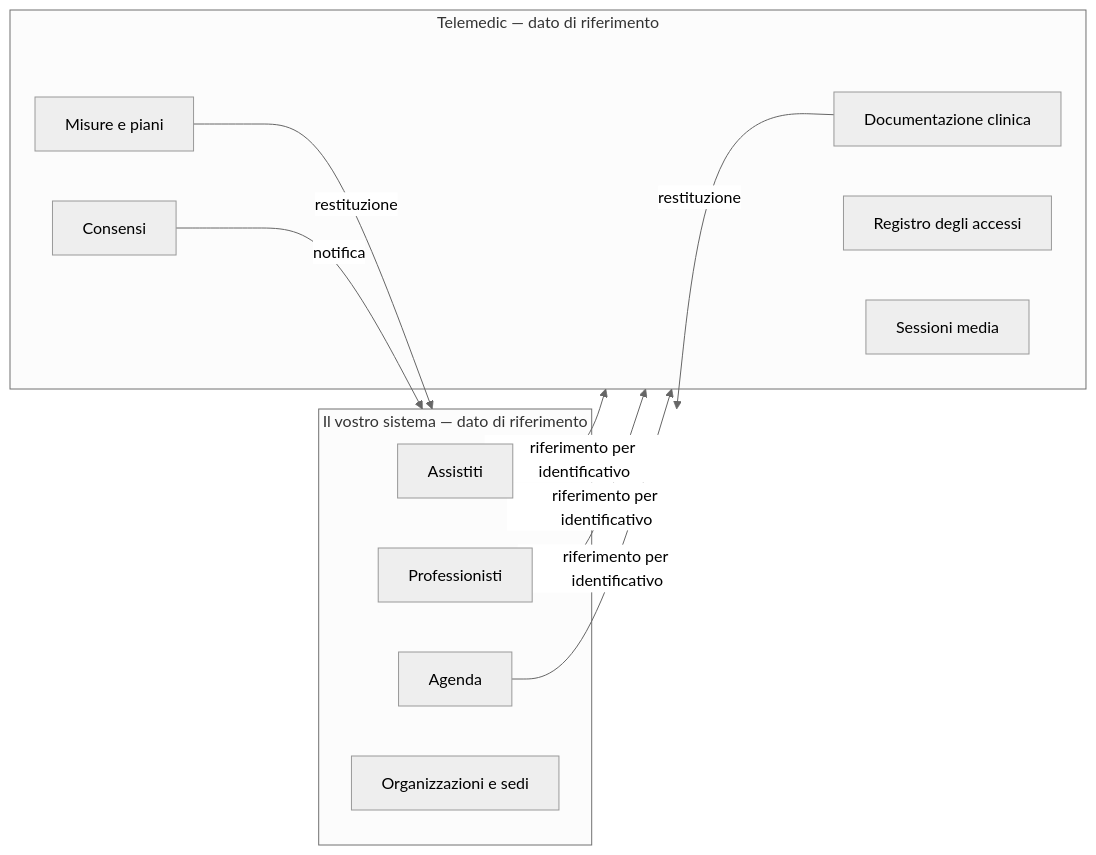
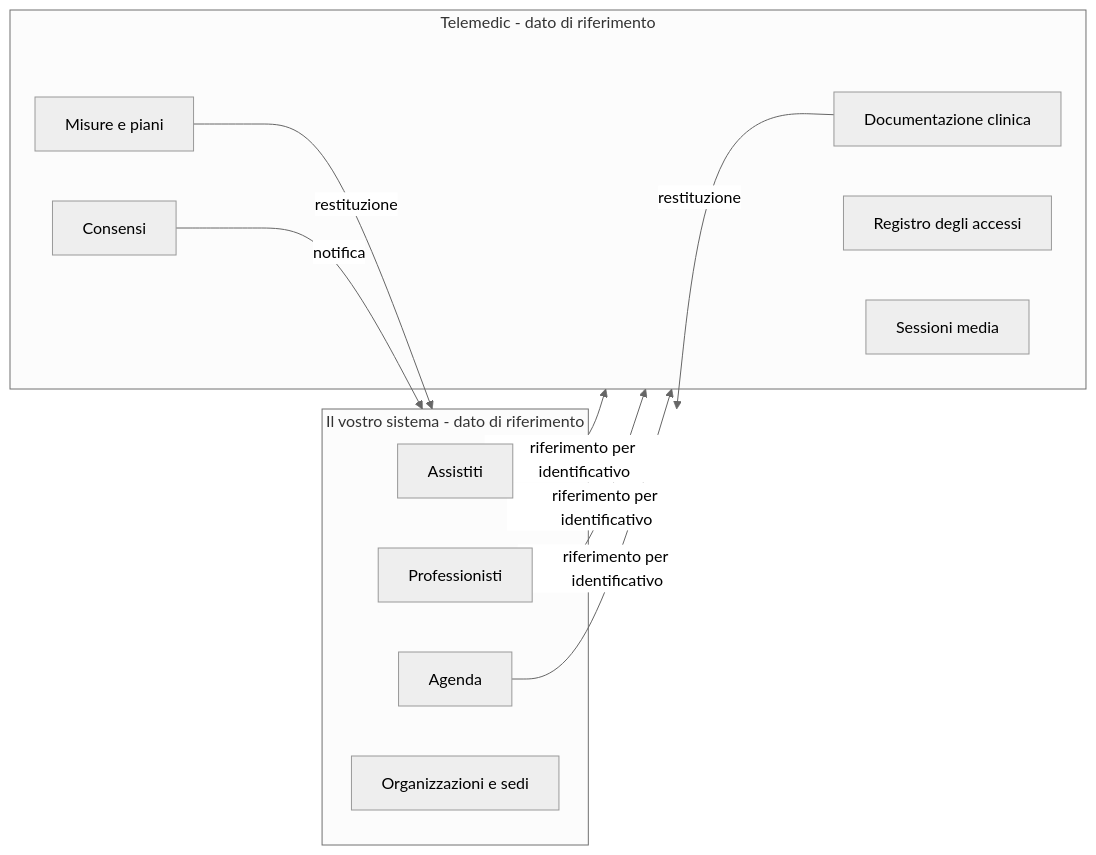
Before and after one commit to fedcal/Telemedic: the first of 2 diagrams in docs/07_integration/07-dati-e-sincronizzazione.md, drawn with Mermaid (neutral theme). The commit also changed other lines of this file and 301 other files, not shown here.

````diff
--- a/docs/07_integration/07-dati-e-sincronizzazione.md
+++ b/docs/07_integration/07-dati-e-sincronizzazione.md
@@ -35,22 +35,22 @@
 ```mermaid
 flowchart LR
-    subgraph V["Il vostro sistema — dato di riferimento"]
+    subgraph V["Il vostro sistema - dato di riferimento"]
         A["Assistiti"]
         P["Professionisti"]
         AG["Agenda"]
         O["Organizzazioni e sedi"]
     end
-    subgraph T["Telemedic — dato di riferimento"]
+    subgraph T["Telemedic - dato di riferimento"]
         D["Documentazione clinica"]
         M["Misure e piani"]
         C["Consensi"]
         R["Registro degli accessi"]
         S["Sessioni media"]
     end
     A -->|"riferimento per identificativo"| T
     P -->|"riferimento per identificativo"| T
     AG -->|"riferimento per identificativo"| T
     D -->|"restituzione"| V
     M -->|"restituzione"| V
     C -->|"notifica"| V
 ```
````
